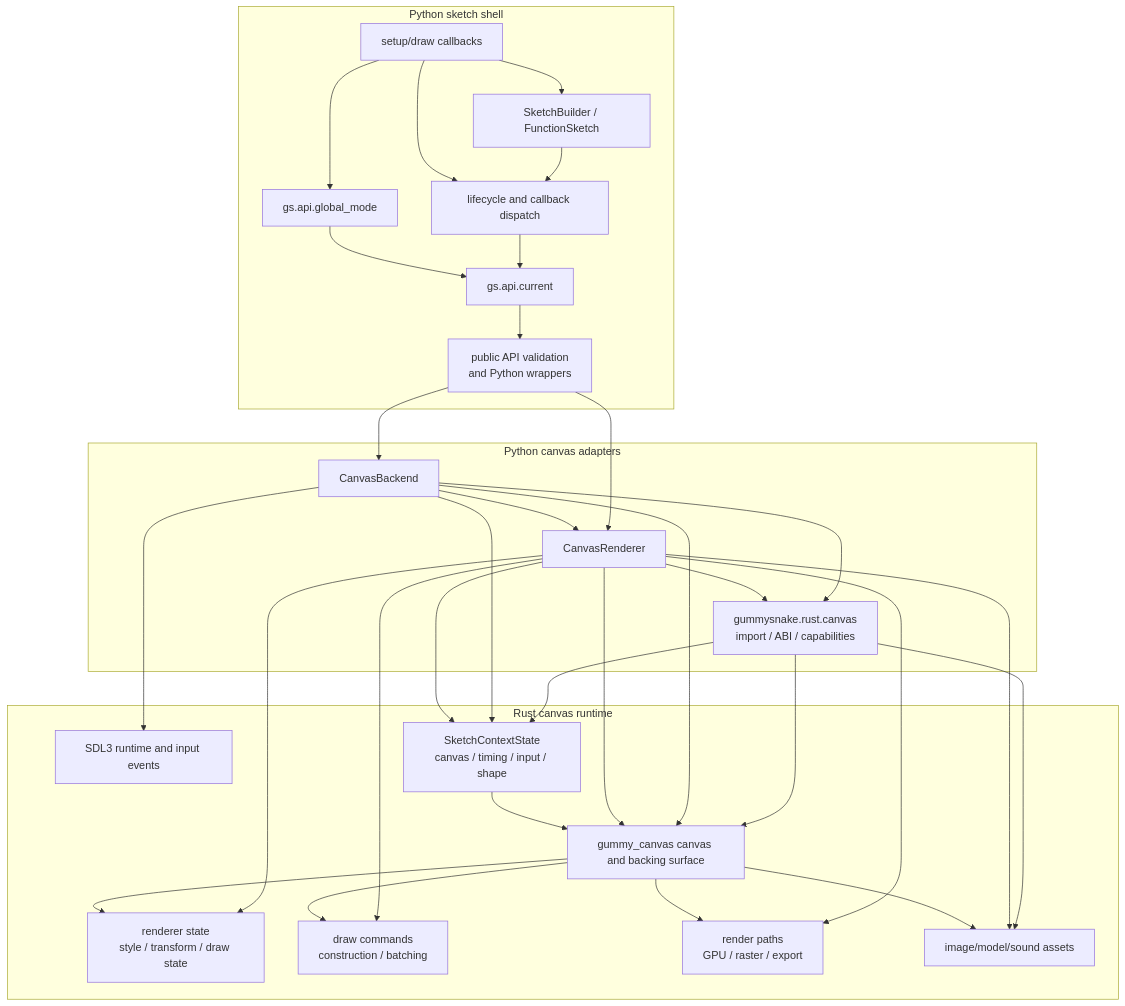
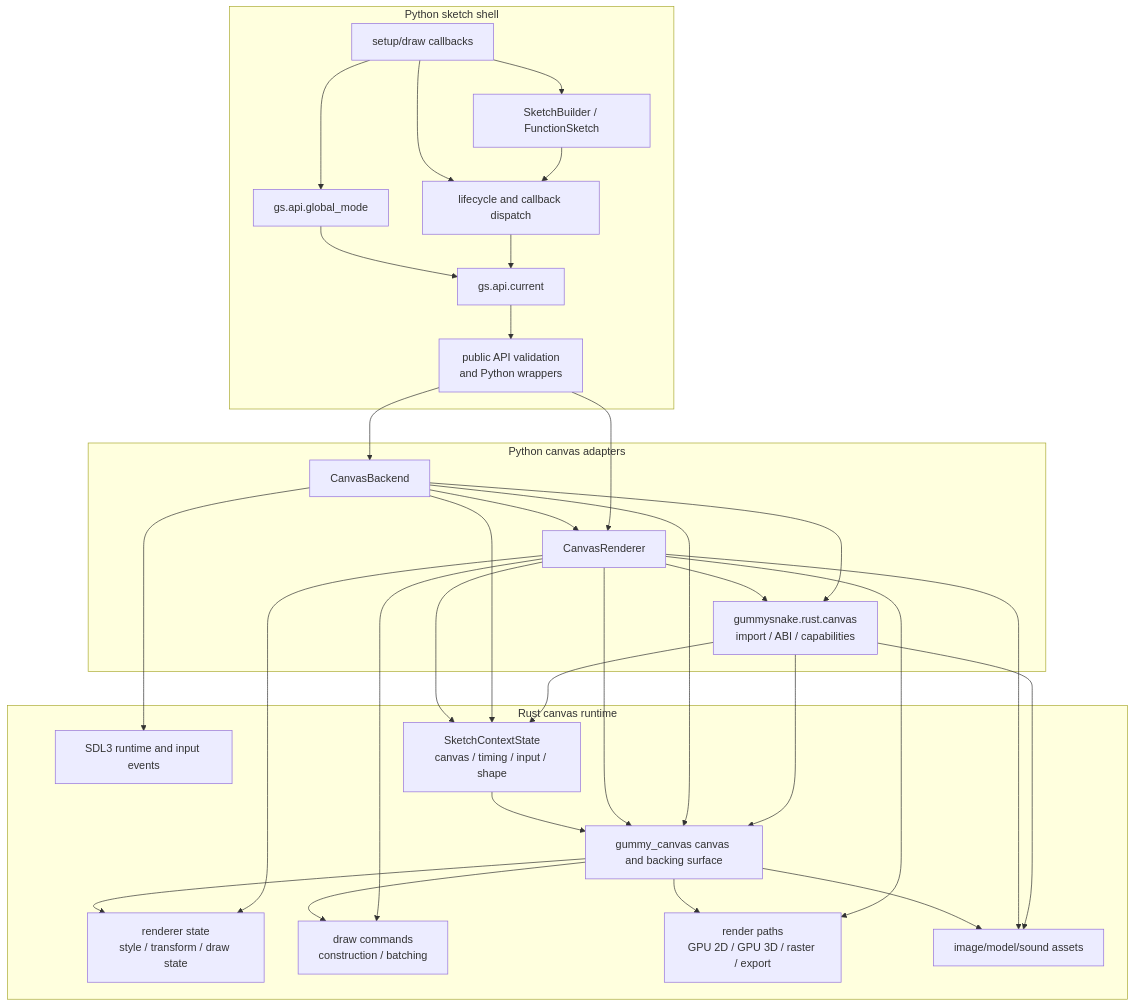
Before and after one commit to JonathanHHenson/gummy_snake: the first of 4 diagrams in docs/contribute/architecture.md, drawn with Mermaid. The commit also changed other lines of this file and 22 other files, not shown here.

````diff
--- a/docs/contribute/architecture.md
+++ b/docs/contribute/architecture.md
@@ -5,57 +5,57 @@
 ```mermaid
 flowchart TD
     subgraph Python["Python sketch shell"]
         User[setup/draw callbacks]
         Builder[SketchBuilder / FunctionSketch]
         Global[gs.api.global_mode]
         Current[gs.api.current]
         Lifecycle[lifecycle and callback dispatch]
         ApiFacade[public API validation<br/>and Python wrappers]
     end
 
     subgraph Adapter["Python canvas adapters"]
         Backend[CanvasBackend]
         Renderer[CanvasRenderer]
         BridgeImport[gummysnake.rust.canvas<br/>import / ABI / capabilities]
     end
 
     subgraph Rust["Rust canvas runtime"]
         Native[SDL3 runtime and input events]
         ContextState[SketchContextState<br/>canvas / timing / input / shape]
         Canvas[gummy_canvas canvas and backing surface]
         State[renderer state<br/>style / transform / draw state]
         Commands[draw commands<br/>construction / batching]
-        Rendering[render paths<br/>GPU / raster / export]
+        Rendering[render paths<br/>GPU 2D / GPU 3D / raster / export]
         Assets[image/model/sound assets]
     end
 
     User --> Builder
     Builder --> Lifecycle
     User --> Lifecycle
     Lifecycle --> Current
     User --> Global
     Global --> Current
     Current --> ApiFacade
     ApiFacade --> Backend
     ApiFacade --> Renderer
     Backend --> Renderer
     Backend --> BridgeImport
     Renderer --> BridgeImport
     BridgeImport --> ContextState
     BridgeImport --> Canvas
     BridgeImport --> Assets
     Backend --> Native
     Backend --> ContextState
     Backend --> Canvas
     Renderer --> ContextState
     Renderer --> Canvas
     Renderer --> State
     Renderer --> Commands
     Renderer --> Rendering
     Renderer --> Assets
     ContextState --> Canvas
     Canvas --> State
     Canvas --> Commands
     Canvas --> Rendering
     Canvas --> Assets
 ```
````
